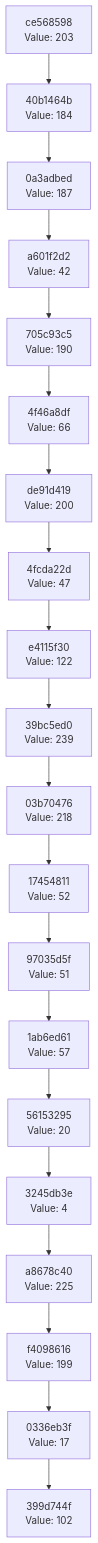
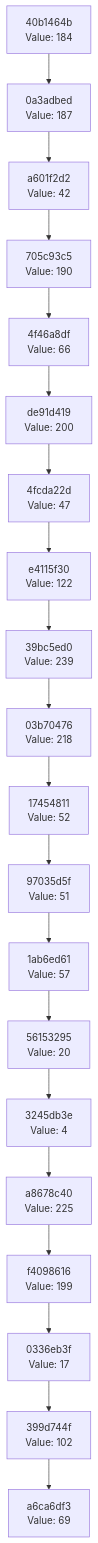
Before and after one commit to Abhisheksinha1506/hash-chain-evolver: the diagram in docs/CHAIN_VISUALIZATION.md, drawn with Mermaid. The commit also changed 2 other files, not shown here.

Commit message:
Evolution step: hash 0x45 → action executed

````diff
--- a/docs/CHAIN_VISUALIZATION.md
+++ b/docs/CHAIN_VISUALIZATION.md
@@ -3,42 +3,42 @@
 ```mermaid
 graph TD
-    C0["399d744f<br/>Value: 102"]
-    C1["0336eb3f<br/>Value: 17"]
+    C0["a6ca6df3<br/>Value: 69"]
+    C1["399d744f<br/>Value: 102"]
     C1 --> C0
-    C2["f4098616<br/>Value: 199"]
+    C2["0336eb3f<br/>Value: 17"]
     C2 --> C1
-    C3["a8678c40<br/>Value: 225"]
+    C3["f4098616<br/>Value: 199"]
     C3 --> C2
-    C4["3245db3e<br/>Value: 4"]
+    C4["a8678c40<br/>Value: 225"]
     C4 --> C3
-    C5["56153295<br/>Value: 20"]
+    C5["3245db3e<br/>Value: 4"]
     C5 --> C4
-    C6["1ab6ed61<br/>Value: 57"]
+    C6["56153295<br/>Value: 20"]
     C6 --> C5
-    C7["97035d5f<br/>Value: 51"]
+    C7["1ab6ed61<br/>Value: 57"]
     C7 --> C6
-    C8["17454811<br/>Value: 52"]
+    C8["97035d5f<br/>Value: 51"]
     C8 --> C7
-    C9["03b70476<br/>Value: 218"]
+    C9["17454811<br/>Value: 52"]
     C9 --> C8
-    C10["39bc5ed0<br/>Value: 239"]
+    C10["03b70476<br/>Value: 218"]
     C10 --> C9
-    C11["e4115f30<br/>Value: 122"]
+    C11["39bc5ed0<br/>Value: 239"]
     C11 --> C10
-    C12["4fcda22d<br/>Value: 47"]
+    C12["e4115f30<br/>Value: 122"]
     C12 --> C11
-    C13["de91d419<br/>Value: 200"]
+    C13["4fcda22d<br/>Value: 47"]
     C13 --> C12
-    C14["4f46a8df<br/>Value: 66"]
+    C14["de91d419<br/>Value: 200"]
     C14 --> C13
-    C15["705c93c5<br/>Value: 190"]
+    C15["4f46a8df<br/>Value: 66"]
     C15 --> C14
-    C16["a601f2d2<br/>Value: 42"]
+    C16["705c93c5<br/>Value: 190"]
     C16 --> C15
-    C17["0a3adbed<br/>Value: 187"]
+    C17["a601f2d2<br/>Value: 42"]
     C17 --> C16
-    C18["40b1464b<br/>Value: 184"]
+    C18["0a3adbed<br/>Value: 187"]
     C18 --> C17
-    C19["ce568598<br/>Value: 203"]
+    C19["40b1464b<br/>Value: 184"]
     C19 --> C18
 ```
````
